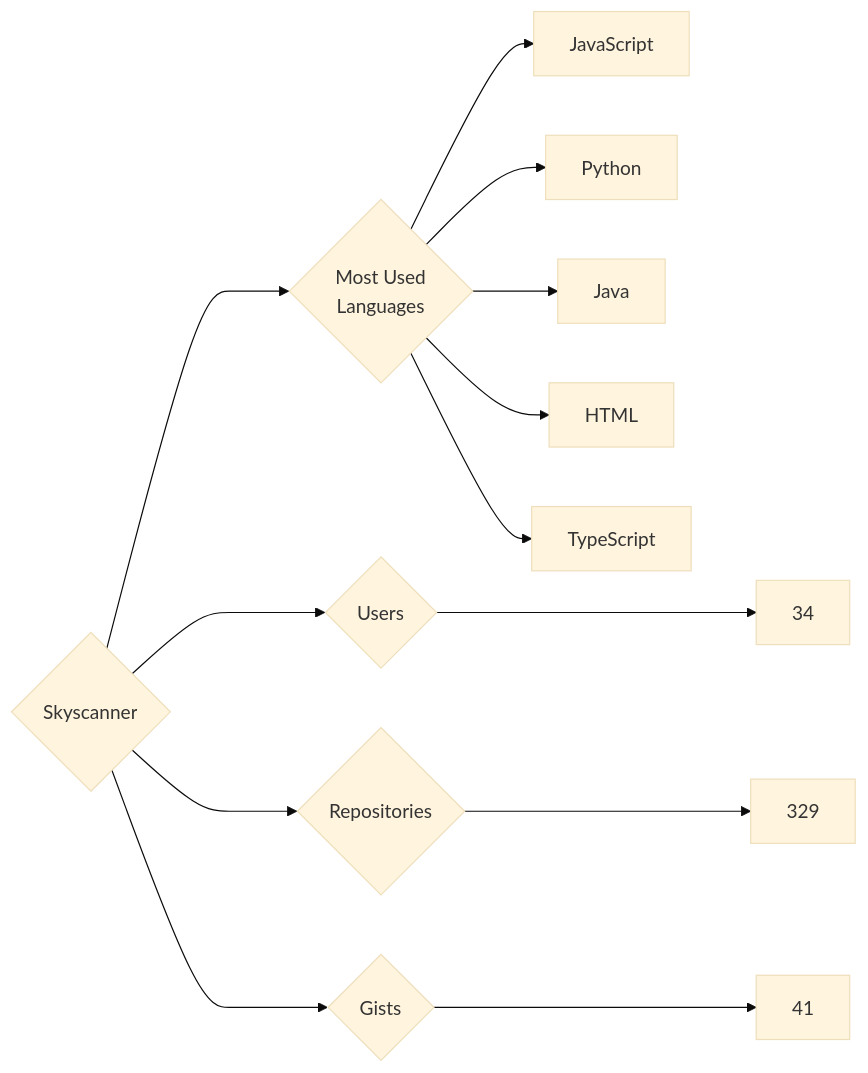
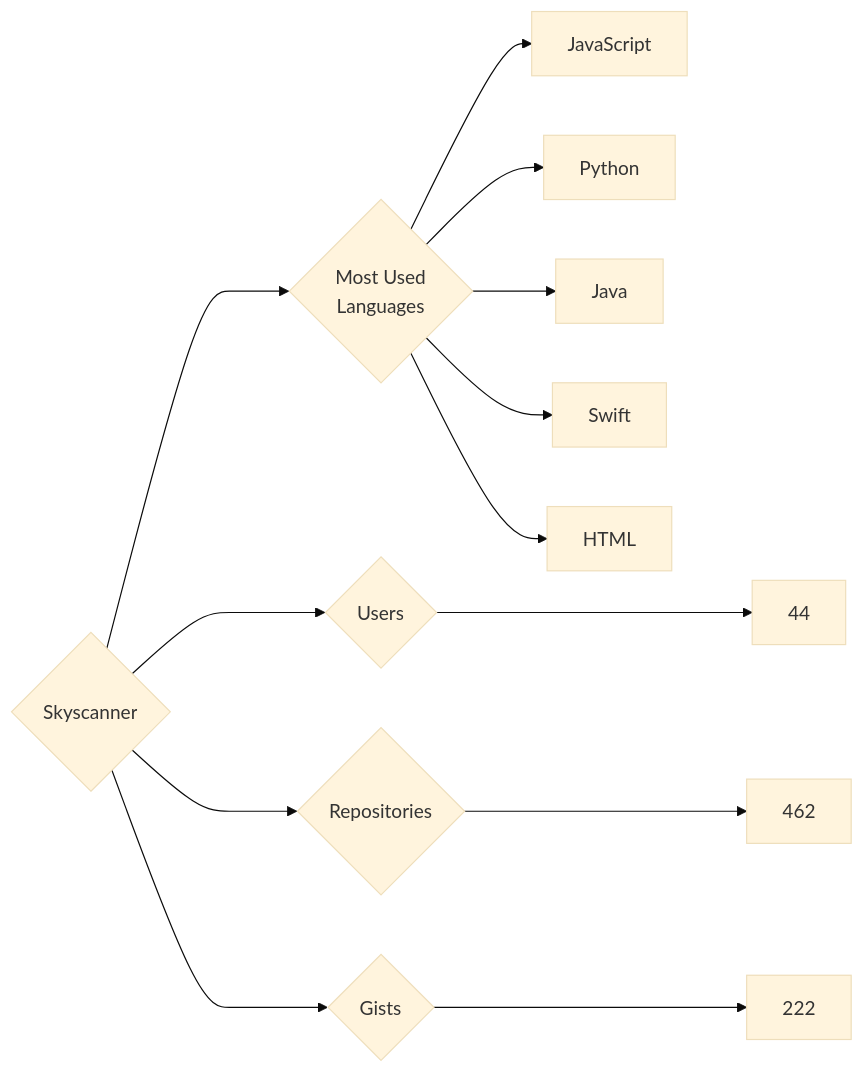
The diagram in targets/Skyscanner/README.md (trickest/insiders), drawn with Mermaid (base theme) before and after one commit. The commit also changed 995 other files, not shown here.

````diff
--- a/targets/Skyscanner/README.md
+++ b/targets/Skyscanner/README.md
@@ -3,13 +3,13 @@
 ```mermaid
 graph LR
 COMPANY_NAME{Skyscanner}
-COMPANY_NAME ---> U{Users} ---> UN[34]
-COMPANY_NAME ---> R{Repositories} ---> RN[329]
-COMPANY_NAME ---> G{Gists} ---> GN[41]
+COMPANY_NAME ---> U{Users} ---> UN[44]
+COMPANY_NAME ---> R{Repositories} ---> RN[462]
+COMPANY_NAME ---> G{Gists} ---> GN[222]
 COMPANY_NAME ---> ML{Most Used<br>Languages}
 ML --> JavaScript[JavaScript]
 ML --> Python[Python]
 ML --> Java[Java]
+ML --> Swift[Swift]
 ML --> HTML[HTML]
-ML --> TypeScript[TypeScript]
 ```
````
